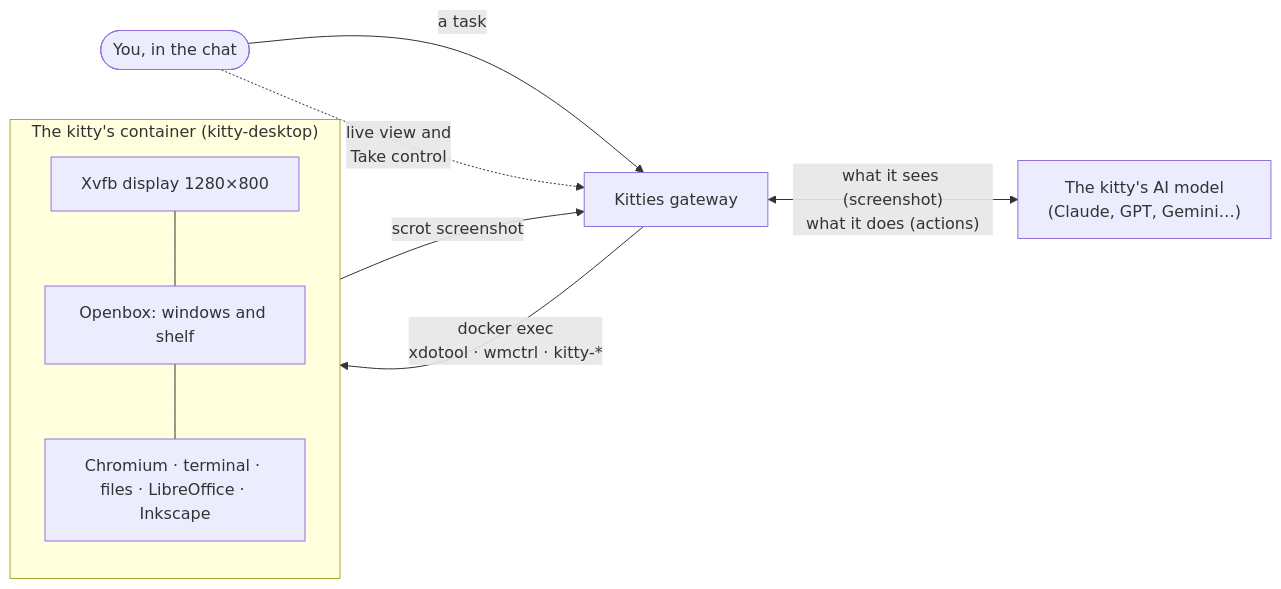
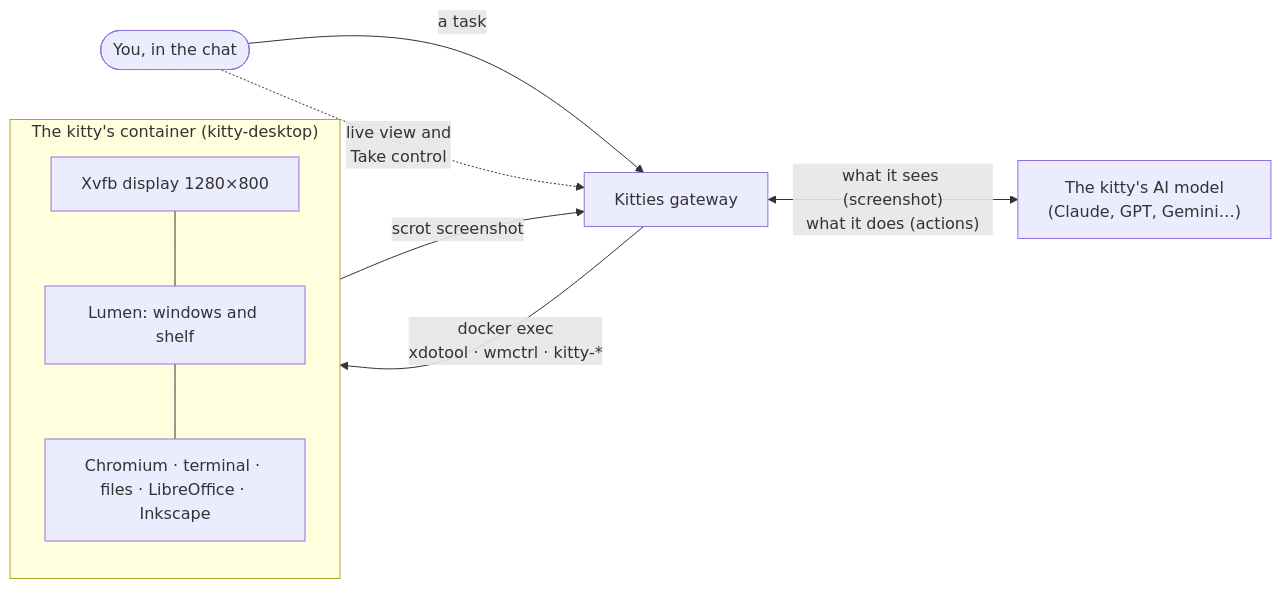
One commit to madkoding/kitties changed the first of 2 diagrams in docs/DESKTOP.md. Above: the diagram before and after it, drawn with Mermaid. The commit also changed other lines of this file and 20 other files, not shown here.

First line of the commit message:
refactor(desktop): rename the Openbox fork to Lumen Window Manager

````diff
--- a/docs/DESKTOP.md
+++ b/docs/DESKTOP.md
@@ -13,13 +13,13 @@
 ```mermaid
 flowchart LR
     you(["You, in the chat"]) -->|a task| gw["Kitties gateway"]
     gw <-->|"what it sees (screenshot)<br/>what it does (actions)"| ai["The kitty's AI model<br/>(Claude, GPT, Gemini…)"]
     gw -->|"docker exec<br/>xdotool · wmctrl · kitty-*"| box
     box -->|scrot screenshot| gw
     subgraph box ["The kitty's container (kitty-desktop)"]
         direction TB
-        x["Xvfb display 1280×800"] --- wm["Openbox: windows and shelf"]
+        x["Xvfb display 1280×800"] --- wm["Lumen: windows and shelf"]
         wm --- apps["Chromium · terminal · files · LibreOffice · Inkscape"]
     end
     you -.->|"live view and<br/>Take control"| gw
 ```
````
